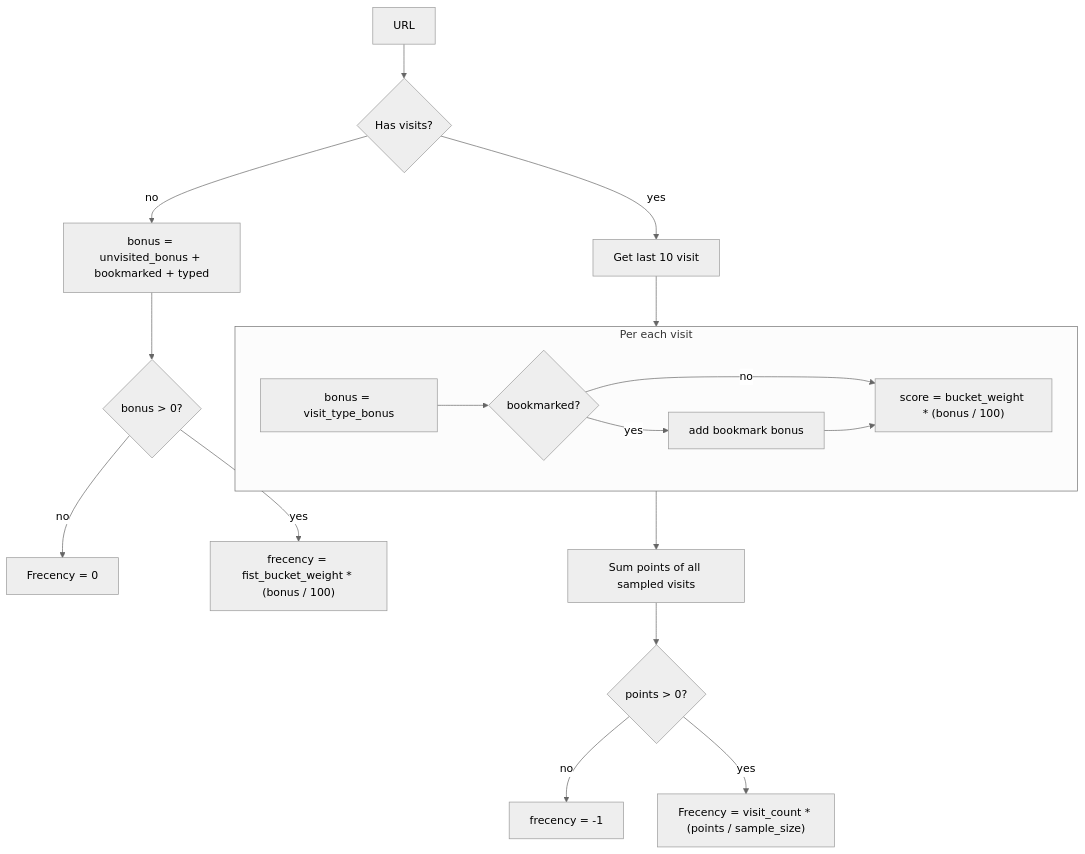
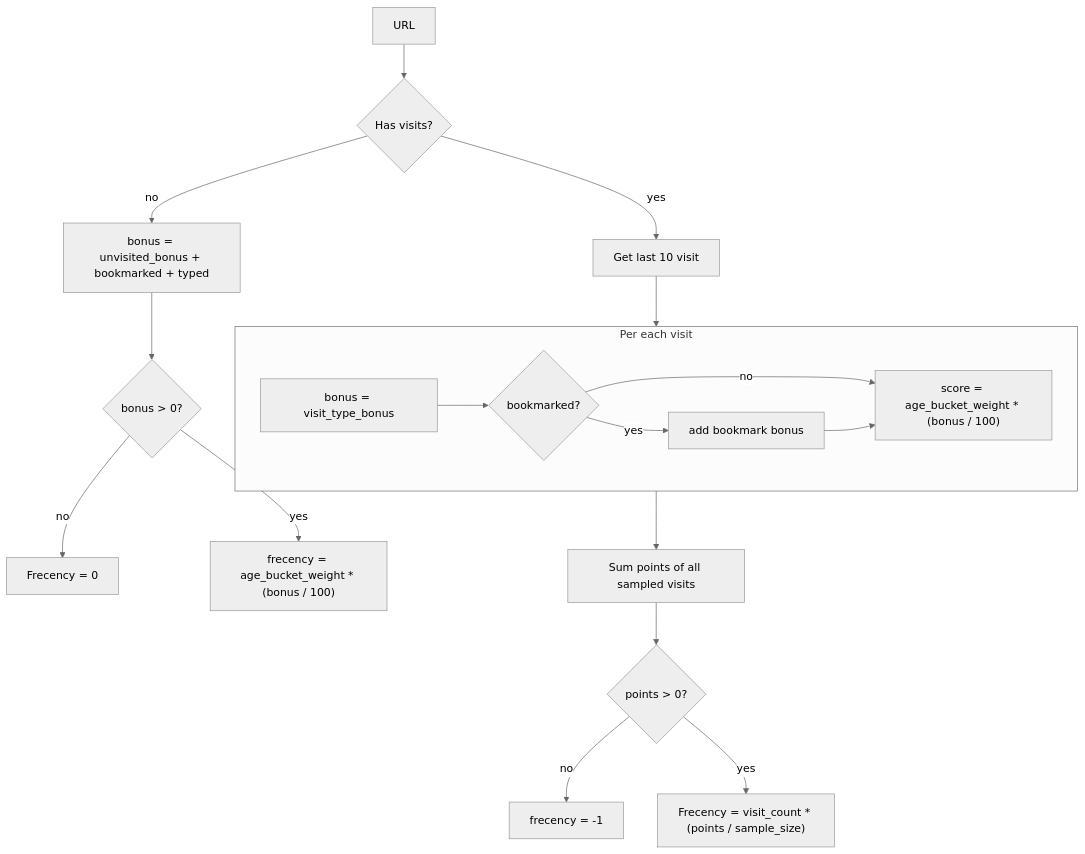
Before and after one commit to Floorp-Projects/Floorp: the diagram in browser/components/urlbar/docs/ranking.rst, drawn with Mermaid (neutral theme). The commit also changed other lines of this file, not shown here.

First line of the commit message:
Bug 1818549 - Update frecency recalculation documentation. r=mcheang

```diff
--- a/browser/components/urlbar/docs/ranking.rst
+++ b/browser/components/urlbar/docs/ranking.rst
@@ -112,37 +112,37 @@
 .. mermaid::
     :align: center
     :caption: Frecency calculation flow
 
     flowchart TD
         start[URL]
         a0{Has visits?}
         a1[Get last 10 visit]
         a2[bonus = unvisited_bonus + bookmarked + typed]
         a3{bonus > 0?}
         end0[Frecency = 0]
-        end1["frecency = fist_bucket_weight * (bonus / 100)"]
+        end1["frecency = age_bucket_weight * (bonus / 100)"]
         a4[Sum points of all sampled visits]
         a5{points > 0?}
         end2[frecency = -1]
         end3["Frecency = visit_count * (points / sample_size)"]
         subgraph sub [Per each visit]
             sub0[bonus = visit_type_bonus]
             sub1{bookmarked?}
             sub2[add bookmark bonus]
-            sub3["score = bucket_weight * (bonus / 100)"]
+            sub3["score = age_bucket_weight * (bonus / 100)"]
             sub0 --> sub1
             sub1 -- yes --> sub2
             sub1 -- no --> sub3
             sub2 --> sub3;
         end
         start --> a0
         a0 -- no --> a2
         a2 --> a3
         a3 -- no --> end0
         a3 -- yes --> end1
         a0 -- yes --> a1
         a1 --> sub
         sub --> a4
         a4 --> a5
         a5 -- no --> end2
         a5 -- yes --> end3
```
